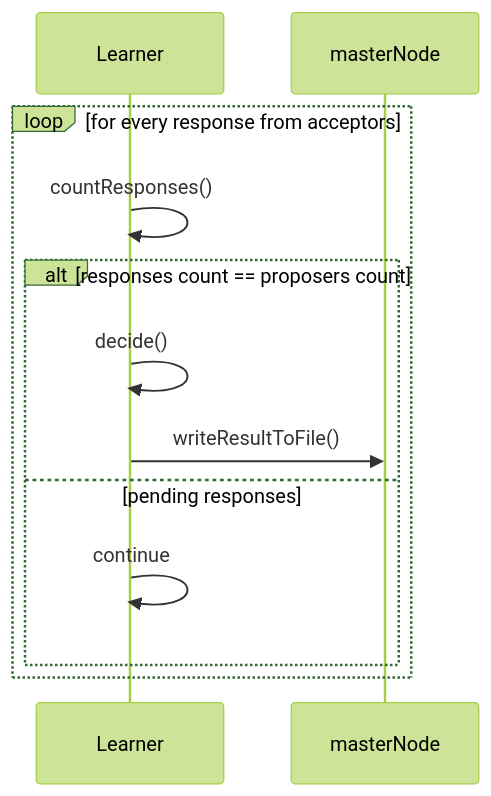
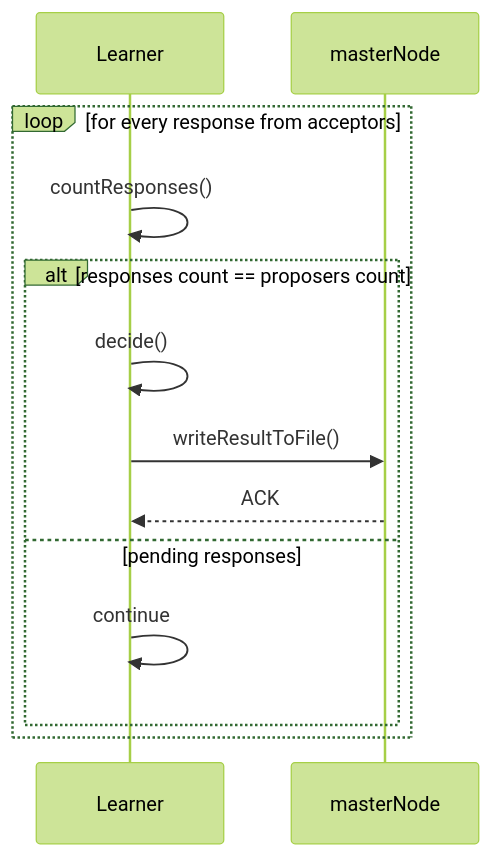
The diagram in docs/sequence_diagrams/4. learner's_job.mmd (Kantha-Liyanage/DC-Assignment-Prime-Numbers), drawn with Mermaid (forest theme) before and after one commit. The commit also changed 1 other file, not shown here.

```diff
--- a/docs/sequence_diagrams/4. learner's_job.mmd
+++ b/docs/sequence_diagrams/4. learner's_job.mmd
@@ -1,10 +1,11 @@
 sequenceDiagram 
     loop for every response from acceptors
         Learner->>Learner: countResponses()
         alt responses count == proposers count
             Learner->>Learner: decide()
             Learner->>masterNode: writeResultToFile()
+            masterNode-->>Learner: ACK
         else pending responses
             Learner->>Learner: continue
         end    
     end
```
